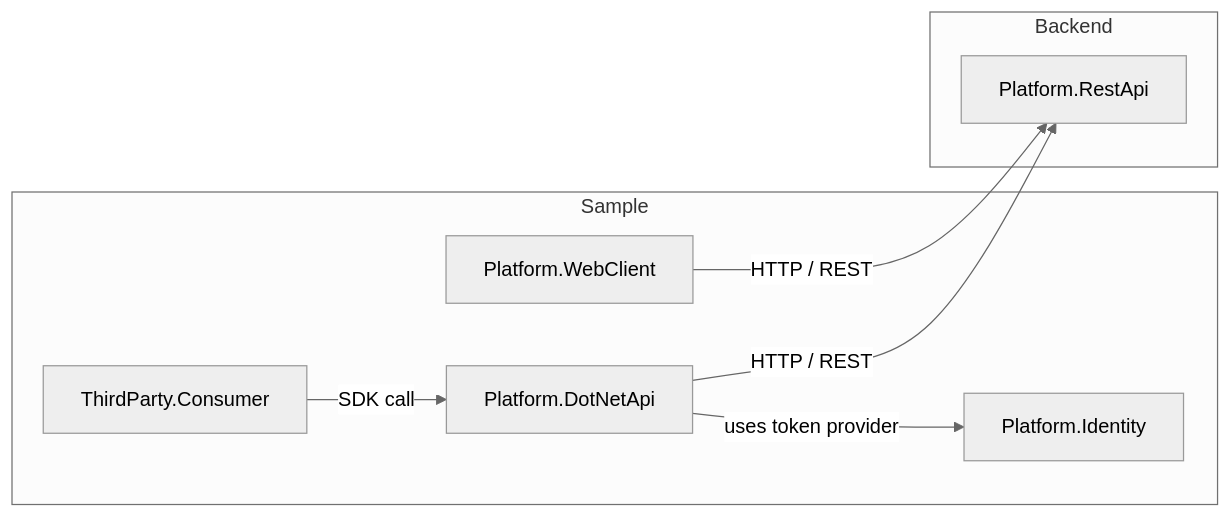
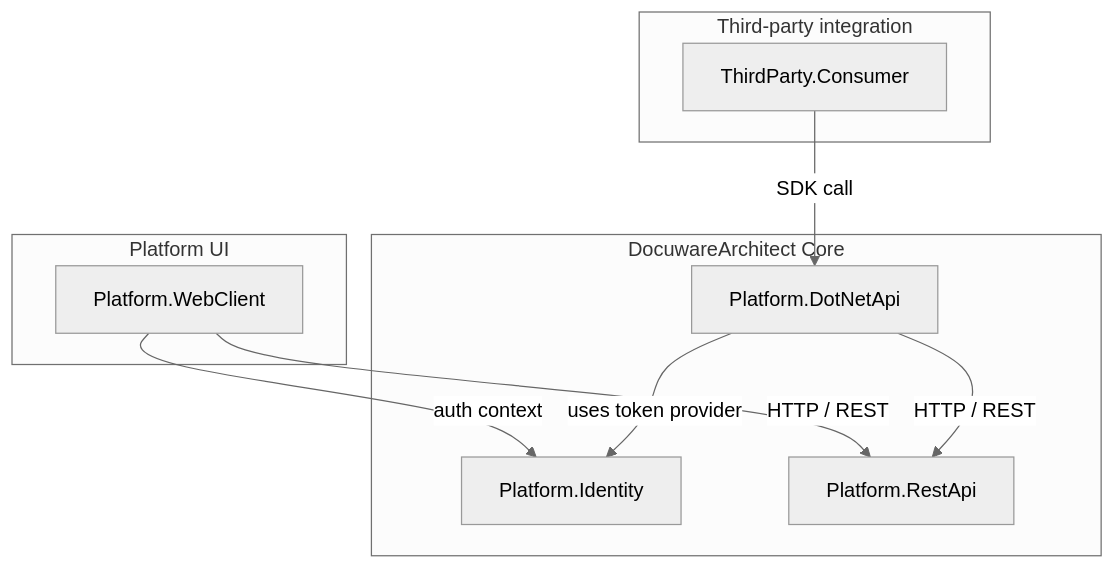
One commit to haoyucheng369-gif/DocuwareArchitect changed the diagram in README.md. Above: the diagram before and after it, drawn with Mermaid (neutral theme). The commit also changed other lines of this file, not shown here.

Commit message:
Refine architecture README positioning

````diff
--- a/README.md
+++ b/README.md
@@ -14,18 +14,22 @@
 ```mermaid
-flowchart LR
-    subgraph Sample
-        A[Platform.Identity]
-        C[Platform.WebClient]
-        D[ThirdParty.Consumer]
-        B[Platform.DotNetApi]
+flowchart TB
+    subgraph Core["DocuwareArchitect Core"]
+        I[Platform.Identity]
+        R[Platform.RestApi]
+        S[Platform.DotNetApi]
     end
 
-    subgraph Backend
-        E[Platform.RestApi]
+    subgraph FirstParty["Platform UI"]
+        W[Platform.WebClient]
     end
 
-    C -->|HTTP / REST| E
-    D -->|SDK call| B
-    B -->|HTTP / REST| E
-    B -->|uses token provider| A
+    subgraph External["Third-party integration"]
+        T[ThirdParty.Consumer]
+    end
+
+    W -->|HTTP / REST| R
+    W -->|auth context| I
+    T -->|SDK call| S
+    S -->|HTTP / REST| R
+    S -->|uses token provider| I
 ```
````
